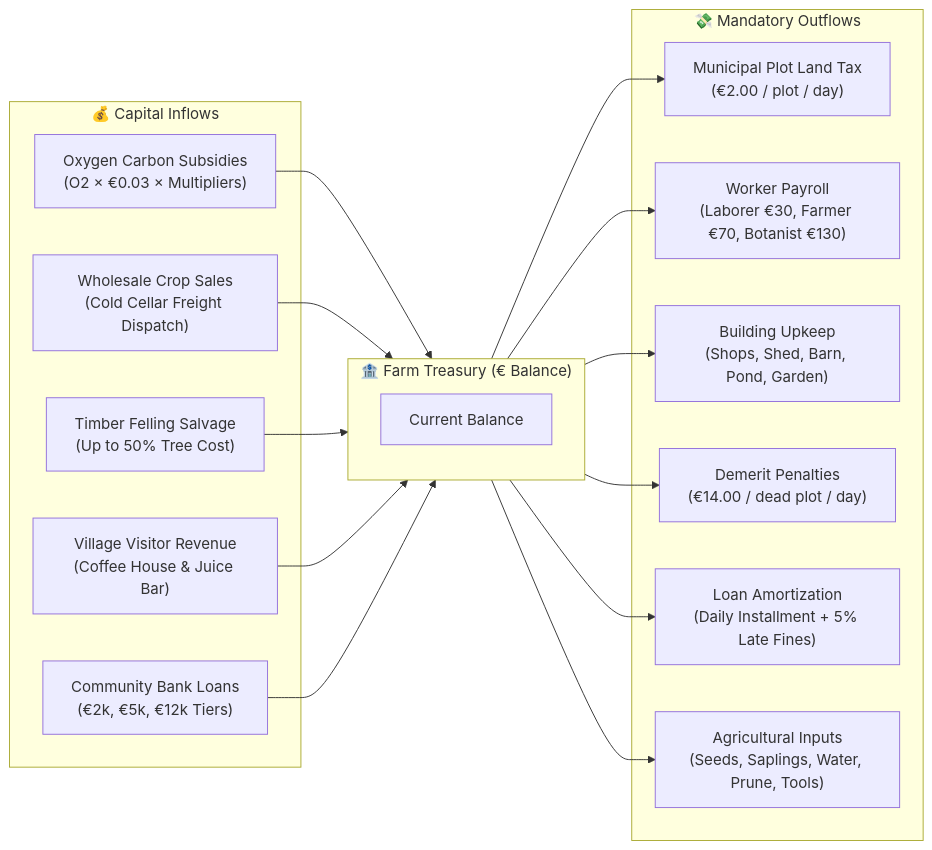
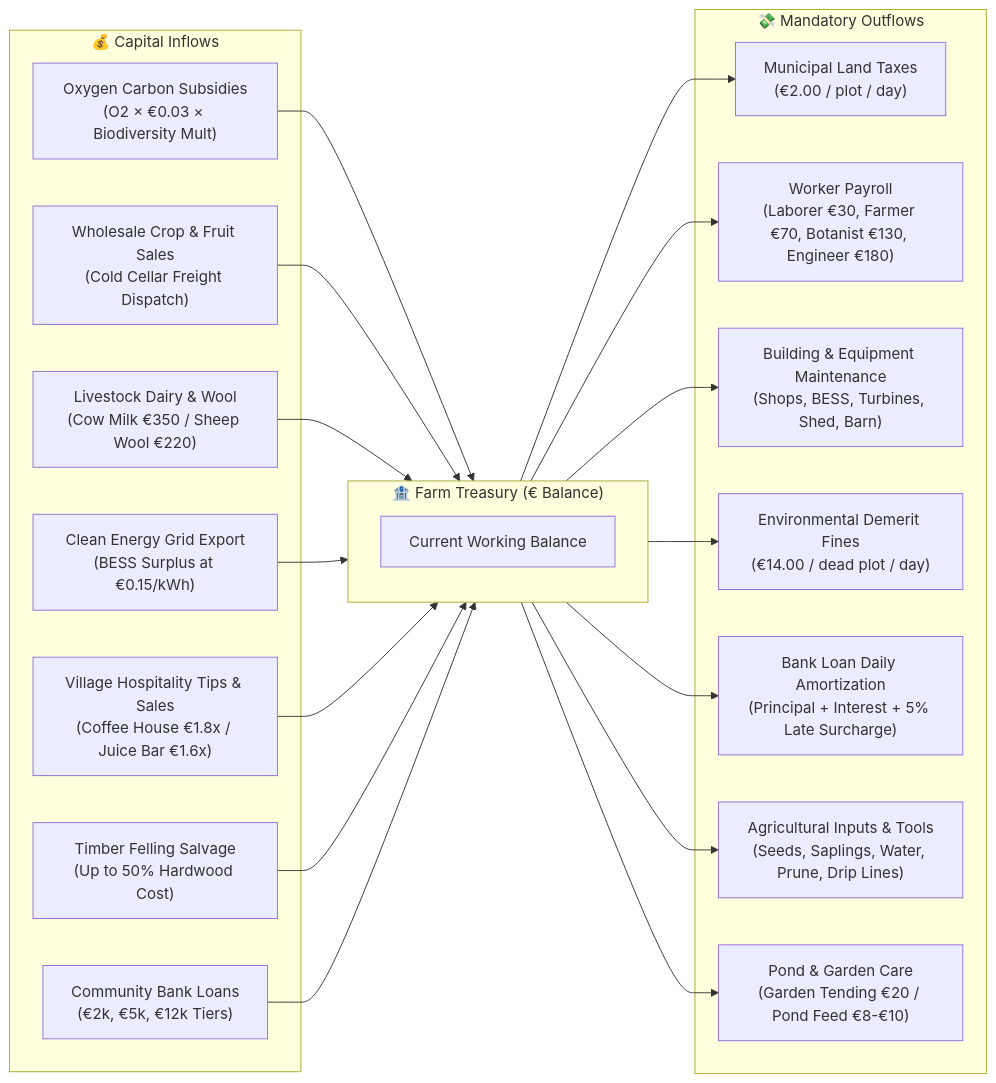
Before and after one commit to mishu-anik23/searchO2: the fifth of 7 diagrams in README.md, drawn with Mermaid. The commit also changed other lines of this file, not shown here.

Commit message:
docs: comprehensive update to README with all latest systems, polyculture garden, microgrid, encyclopedias, and Mermaid flow diagrams

````diff
--- a/README.md
+++ b/README.md
@@ -232,27 +346,30 @@
 ```mermaid
 flowchart LR
     subgraph Inflows ["💰 Capital Inflows"]
-        I1["Oxygen Carbon Subsidies<br/>(O2 × €0.03 × Multipliers)"]
-        I2["Wholesale Crop Sales<br/>(Cold Cellar Freight Dispatch)"]
-        I3["Timber Felling Salvage<br/>(Up to 50% Tree Cost)"]
-        I4["Village Visitor Revenue<br/>(Coffee House & Juice Bar)"]
-        I5["Community Bank Loans<br/>(€2k, €5k, €12k Tiers)"]
+        I1["Oxygen Carbon Subsidies<br/>(O2 × €0.03 × Biodiversity Mult)"]
+        I2["Wholesale Crop & Fruit Sales<br/>(Cold Cellar Freight Dispatch)"]
+        I3["Livestock Dairy & Wool<br/>(Cow Milk €350 / Sheep Wool €220)"]
+        I4["Clean Energy Grid Export<br/>(BESS Surplus at €0.15/kWh)"]
+        I5["Village Hospitality Tips & Sales<br/>(Coffee House €1.8x / Juice Bar €1.6x)"]
+        I6["Timber Felling Salvage<br/>(Up to 50% Hardwood Cost)"]
+        I7["Community Bank Loans<br/>(€2k, €5k, €12k Tiers)"]
     end
 
     subgraph Treasury ["🏦 Farm Treasury (€ Balance)"]
         direction TB
-        BAL["Current Balance"]
+        BAL["Current Working Balance"]
     end
 
     subgraph Outflows ["💸 Mandatory Outflows"]
-        O1["Municipal Plot Land Tax<br/>(€2.00 / plot / day)"]
-        O2["Worker Payroll<br/>(Laborer €30, Farmer €70, Botanist €130)"]
-        O3["Building Upkeep<br/>(Shops, Shed, Barn, Pond, Garden)"]
-        O4["Demerit Penalties<br/>(€14.00 / dead plot / day)"]
-        O5["Loan Amortization<br/>(Daily Installment + 5% Late Fines)"]
-        O6["Agricultural Inputs<br/>(Seeds, Saplings, Water, Prune, Tools)"]
+        O1["Municipal Land Taxes<br/>(€2.00 / plot / day)"]
+        O2["Worker Payroll<br/>(Laborer €30, Farmer €70, Botanist €130, Engineer €180)"]
+        O3["Building & Equipment Maintenance<br/>(Shops, BESS, Turbines, Shed, Barn)"]
+        O4["Environmental Demerit Fines<br/>(€14.00 / dead plot / day)"]
+        O5["Bank Loan Daily Amortization<br/>(Principal + Interest + 5% Late Surcharge)"]
+        O6["Agricultural Inputs & Tools<br/>(Seeds, Saplings, Water, Prune, Drip Lines)"]
+        O7["Pond & Garden Care<br/>(Garden Tending €20 / Pond Feed €8-€10)"]
     end
 
-    I1 & I2 & I3 & I4 & I5 --> Treasury
-    Treasury --> O1 & O2 & O3 & O4 & O5 & O6
+    I1 & I2 & I3 & I4 & I5 & I6 & I7 --> Treasury
+    Treasury --> O1 & O2 & O3 & O4 & O5 & O6 & O7
 ```
````
